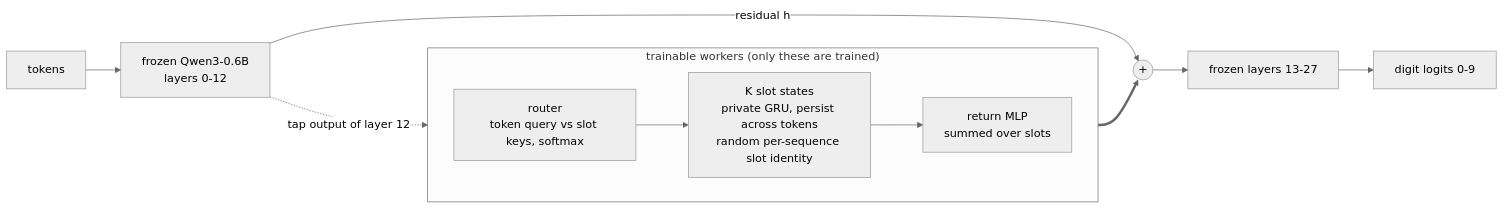
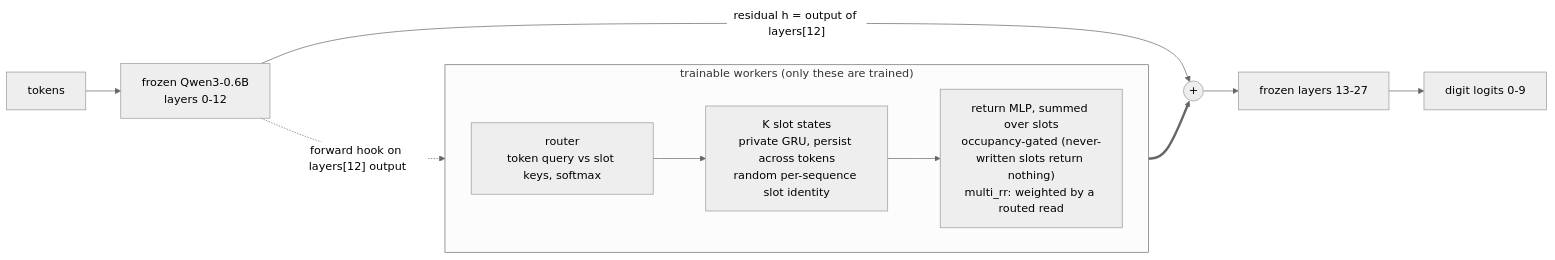
Before and after one commit to Bobliuuu/qwenagent: the diagram in README.md, drawn with Mermaid (neutral theme). The commit also changed other lines of this file and 2 other files, not shown here.

````diff
--- a/README.md
+++ b/README.md
@@ -21,13 +25,13 @@
 ```mermaid
 flowchart LR
   T[tokens] --> L1["frozen Qwen3-0.6B<br/>layers 0-12"]
-  L1 -- "residual h" --> ADD(("+"))
-  L1 -. "tap output of layer 12" .-> R
+  L1 -- "residual h = output of layers[12]" --> ADD(("+"))
+  L1 -. "forward hook on layers[12] output" .-> R
   subgraph W["trainable workers (only these are trained)"]
     direction LR
     R["router<br/>token query vs slot keys, softmax"] --> S["K slot states<br/>private GRU, persist across tokens<br/>random per-sequence slot identity"]
-    S --> RET["return MLP<br/>summed over slots"]
+    S --> RET["return MLP, summed over slots<br/>occupancy-gated (never-written slots return nothing)<br/>multi_rr: weighted by a routed read"]
   end
   RET ==> ADD
   ADD --> L2["frozen layers 13-27"] --> D["digit logits 0-9"]
 ```
````
